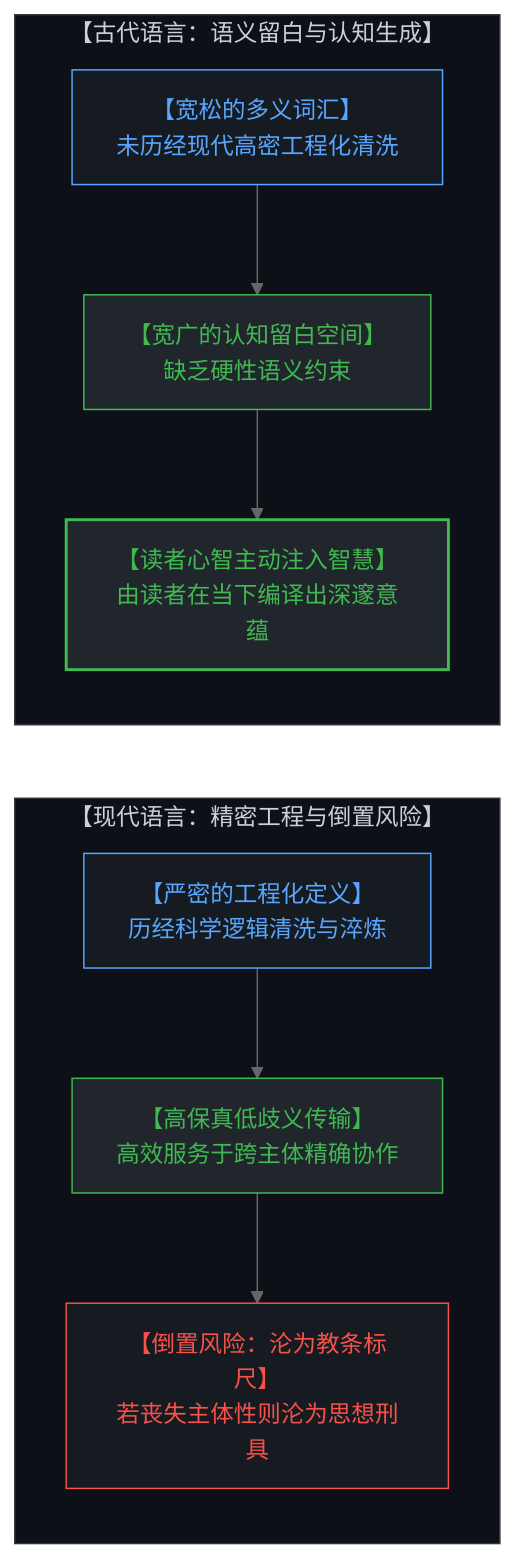
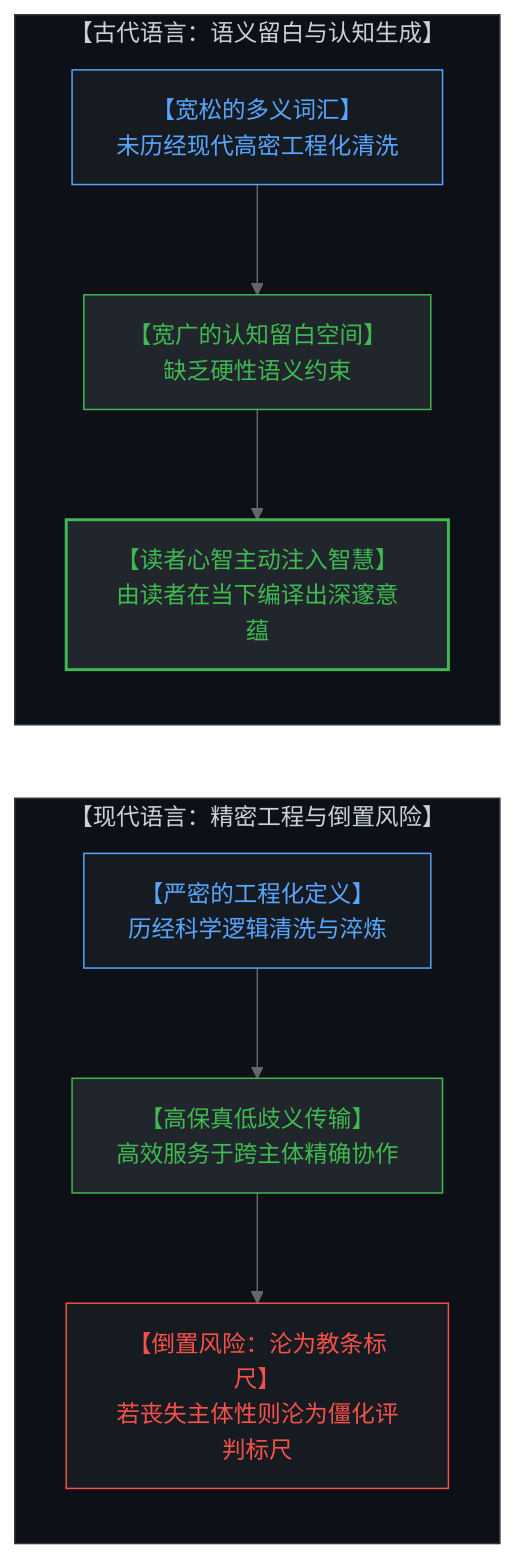
One commit to powerpig99/not-a-toe changed the fifth of 16 diagrams in content/posts/the-dissolution-of-the-great-reversal.md. Above: the diagram before and after it, drawn with Mermaid (neutral theme). The commit also changed other lines of this file and 4 other files, not shown here.

````diff
--- a/content/posts/the-dissolution-of-the-great-reversal.md
+++ b/content/posts/the-dissolution-of-the-great-reversal.md
@@ -195,31 +195,31 @@
 ```mermaid
 graph TD
     subgraph AncientSpace["【古代语言：语义留白与认知生成】"]
         direction TB
         AncientLexicon["【宽松的多义词汇】<br>未历经现代高密工程化清洗"]
         CognitiveMargin["【宽广的认知留白空间】<br>缺乏硬性语义约束"]
         ReaderGeneration["【读者心智主动注入智慧】<br>由读者在当下编译出深邃意蕴"]
         AncientLexicon --> CognitiveMargin
         CognitiveMargin --> ReaderGeneration
     end
 
     subgraph ModernPrecision["【现代语言：精密工程与倒置风险】"]
         direction TB
         PreciseDefinitions["【严密的工程化定义】<br>历经科学逻辑清洗与淬炼"]
         HighFidelity["【高保真低歧义传输】<br>高效服务于跨主体精确协作"]
-        OrthodoxyRisk["【倒置风险：沦为教条标尺】<br>若丧失主体性则沦为思想刑具"]
+        OrthodoxyRisk["【倒置风险：沦为教条标尺】<br>若丧失主体性则沦为僵化评判标尺"]
         PreciseDefinitions --> HighFidelity
         HighFidelity --> OrthodoxyRisk
     end
 
     ReaderGeneration ~~~ PreciseDefinitions
 
     style AncientSpace fill:#0d1117,stroke:#30363d,stroke-width:1px,color:#c9d1d9
     style AncientLexicon fill:#161b22,stroke:#58a6ff,stroke-width:1px,color:#58a6ff
     style CognitiveMargin fill:#21262d,stroke:#3fb950,stroke-width:1px,color:#3fb950
     style ReaderGeneration fill:#21262d,stroke:#3fb950,stroke-width:2px,color:#3fb950
     style ModernPrecision fill:#0d1117,stroke:#30363d,stroke-width:1px,color:#c9d1d9
     style PreciseDefinitions fill:#161b22,stroke:#58a6ff,stroke-width:1px,color:#58a6ff
     style HighFidelity fill:#21262d,stroke:#3fb950,stroke-width:1px,color:#3fb950
     style OrthodoxyRisk fill:#161b22,stroke:#f85149,stroke-width:1px,color:#f85149
 ```
````
